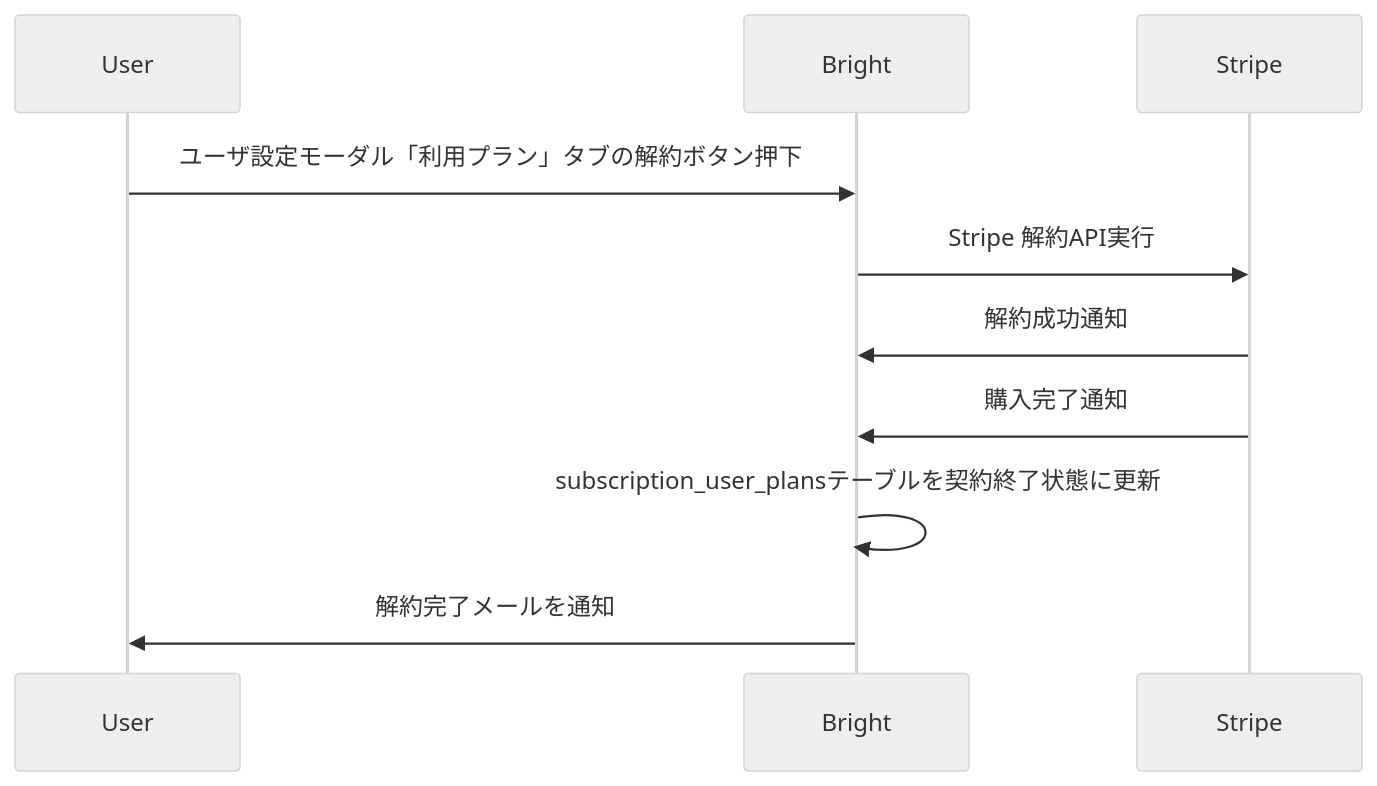
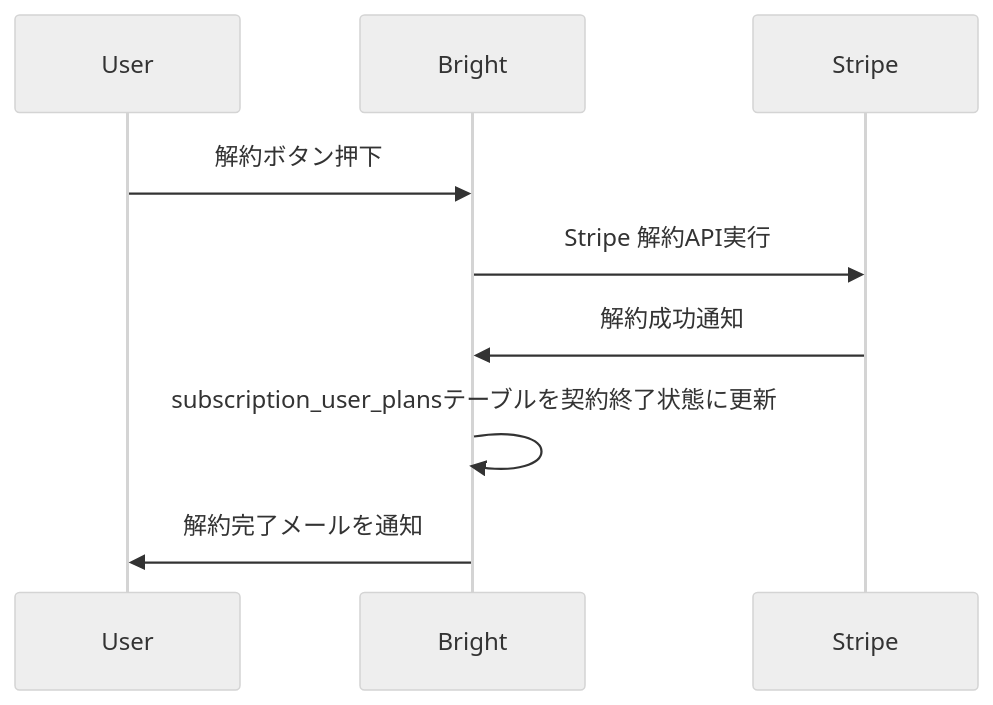
One commit to bright-org/bright changed the fourth of 6 diagrams in docs/logics/subscription.md. Above: the diagram before and after it, drawn with Mermaid (neutral theme). The commit also changed other lines of this file, not shown here.

Commit message:
決済関連の設計ドキュメント作成 - subscription_user_plans テーブルの修正、支払履歴と継続課金処理のシーケンス図追加

````diff
--- a/docs/logics/subscription.md
+++ b/docs/logics/subscription.md
@@ -57,13 +84,13 @@
 ```mermaid
 sequenceDiagram
     participant User
     participant Bright
     participant Stripe
 
-    User ->> Bright: ユーザ設定モーダル「利用プラン」タブの解約ボタン押下
+    User ->> Bright: 解約ボタン押下
     Bright ->> Stripe: Stripe 解約API実行
     Stripe ->> Bright: 解約成功通知
-    Stripe ->> Bright: 購入完了通知
+
     Bright ->> Bright: subscription_user_plansテーブルを契約終了状態に更新
     Bright ->> User: 解約完了メールを通知
 ```
````
